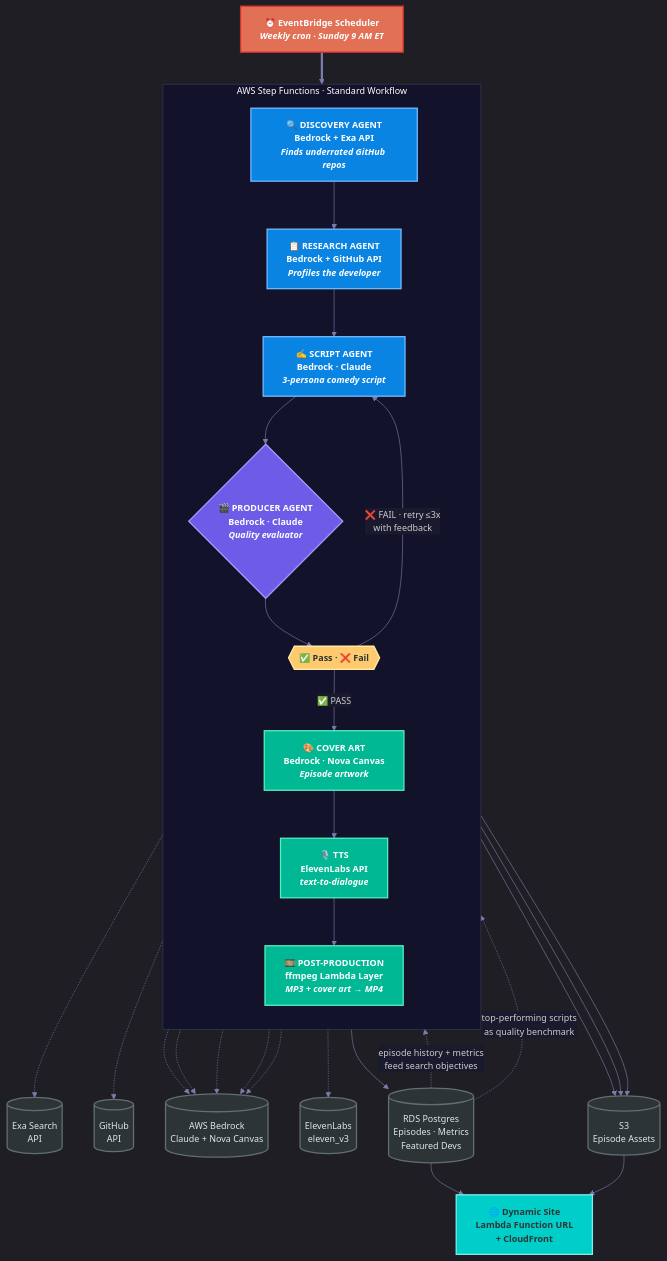
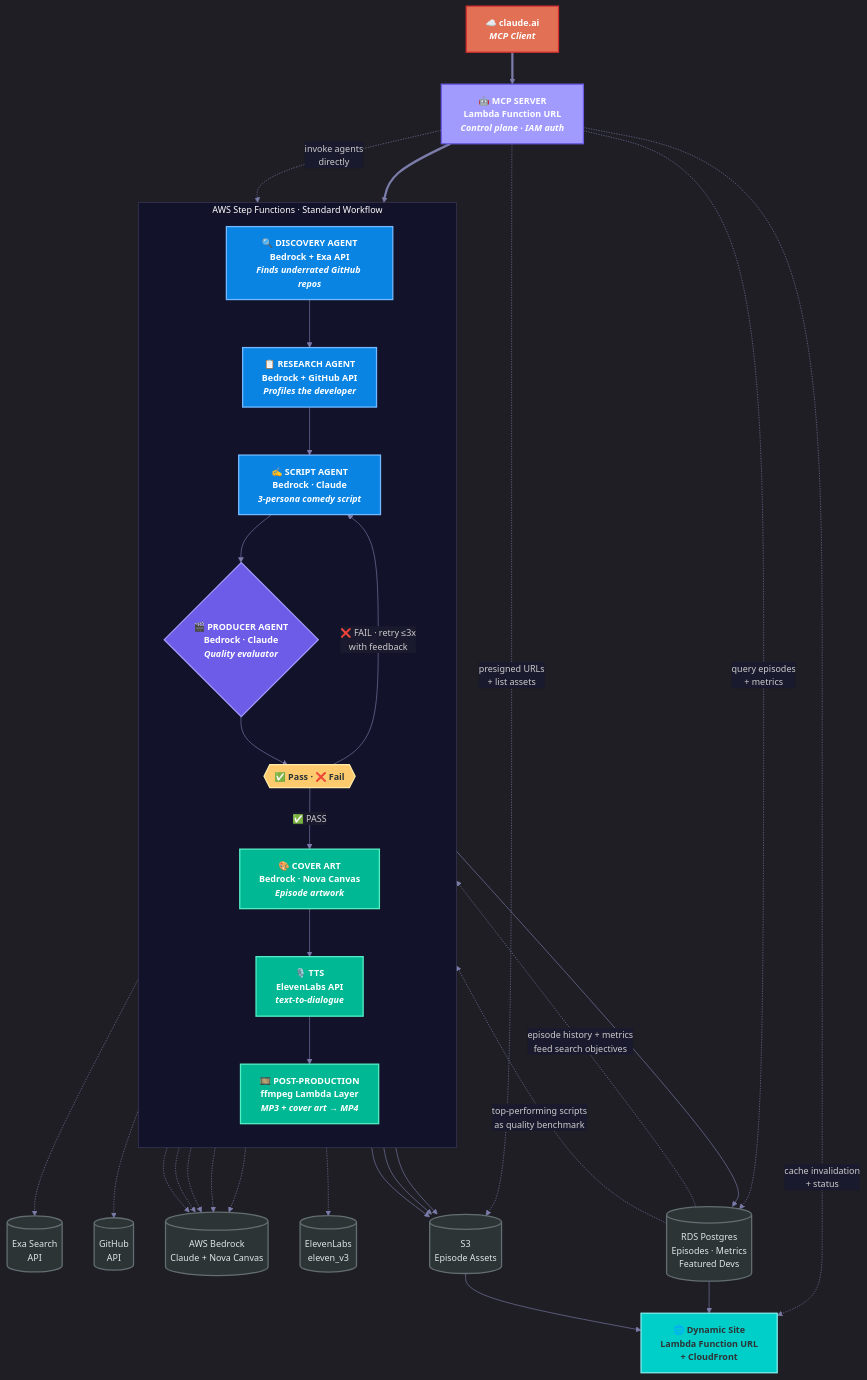
One commit to rhprasad0/closed-loop-ai-podcast changed the diagram in README.md. Above: the diagram before and after it, drawn with Mermaid. The commit also changed other lines of this file and 4 other files, not shown here.

First line of the commit message:
Add MCP server spec: control plane replacing EventBridge cron

```diff
--- a/README.md
+++ b/README.md
@@ -12,7 +12,8 @@
 %%{init: {'theme': 'dark', 'themeVariables': {'primaryColor': '#1a1a2e', 'primaryTextColor': '#e0e0e0', 'primaryBorderColor': '#4a4a6a', 'lineColor': '#7c7caa', 'secondaryColor': '#16213e', 'tertiaryColor': '#0f3460', 'background': '#0a0a1a', 'mainBkg': '#1a1a2e', 'nodeBorder': '#4a4a6a', 'clusterBkg': '#12122a', 'clusterBorder': '#3a3a5c', 'titleColor': '#ffffff', 'edgeLabelBackground': '#1a1a2e', 'fontFamily': 'Inter, Segoe UI, sans-serif', 'fontSize': '14px'}}}%%
 
 graph TB
-    CRON["⏰ EventBridge Scheduler<br/><i>Weekly cron · Sunday 9 AM ET</i>"]
+    CLAUDEAI["☁️ claude.ai<br/><i>MCP Client</i>"]
+    MCP["🤖 MCP SERVER<br/>Lambda Function URL<br/><i>Control plane · IAM auth</i>"]
 
     subgraph SF["  AWS Step Functions · Standard Workflow  "]
         direction TB
@@ -45,7 +46,12 @@
     RDS[("RDS Postgres<br/>Episodes · Metrics<br/>Featured Devs")]
     SITE["🌐 Dynamic Site<br/>Lambda Function URL<br/>+ CloudFront"]
 
-    CRON ==> SF
+    CLAUDEAI ==> MCP
+    MCP ==> SF
+    MCP -. "invoke agents<br/>directly" .-> SF
+    MCP -. "query episodes<br/>+ metrics" .-> RDS
+    MCP -. "presigned URLs<br/>+ list assets" .-> S3
+    MCP -. "cache invalidation<br/>+ status" .-> SITE
 
     DISCOVERY -.-> EXA
     DISCOVERY -.-> BEDROCK
@@ -67,6 +73,7 @@
     S3 --> SITE
 
     classDef trigger fill:#e17055,stroke:#d63031,color:#fff,font-weight:bold,stroke-width:2px
+    classDef mcp fill:#a29bfe,stroke:#6c5ce7,color:#fff,font-weight:bold,stroke-width:2px
     classDef agent fill:#0984e3,stroke:#74b9ff,color:#fff,font-weight:bold,stroke-width:2px
     classDef evaluator fill:#6c5ce7,stroke:#a29bfe,color:#fff,font-weight:bold,stroke-width:2px
     classDef choice fill:#fdcb6e,stroke:#ffeaa7,color:#2d3436,font-weight:bold,stroke-width:2px
@@ -75,7 +82,8 @@
     classDef storage fill:#2d3436,stroke:#636e72,color:#dfe6e9,stroke-width:2px
     classDef site fill:#00cec9,stroke:#81ecec,color:#2d3436,font-weight:bold,stroke-width:2px
 
-    class CRON trigger
+    class CLAUDEAI trigger
+    class MCP mcp
     class DISCOVERY,RESEARCH,SCRIPT agent
     class PRODUCER evaluator
     class CHOICE choice
```
